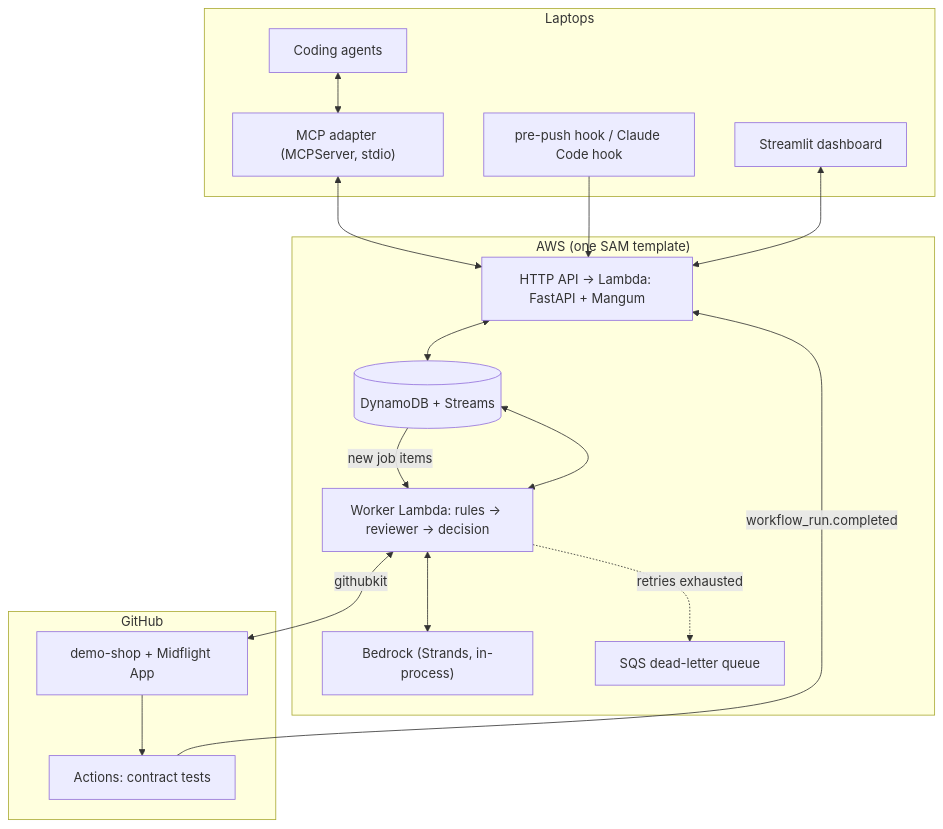
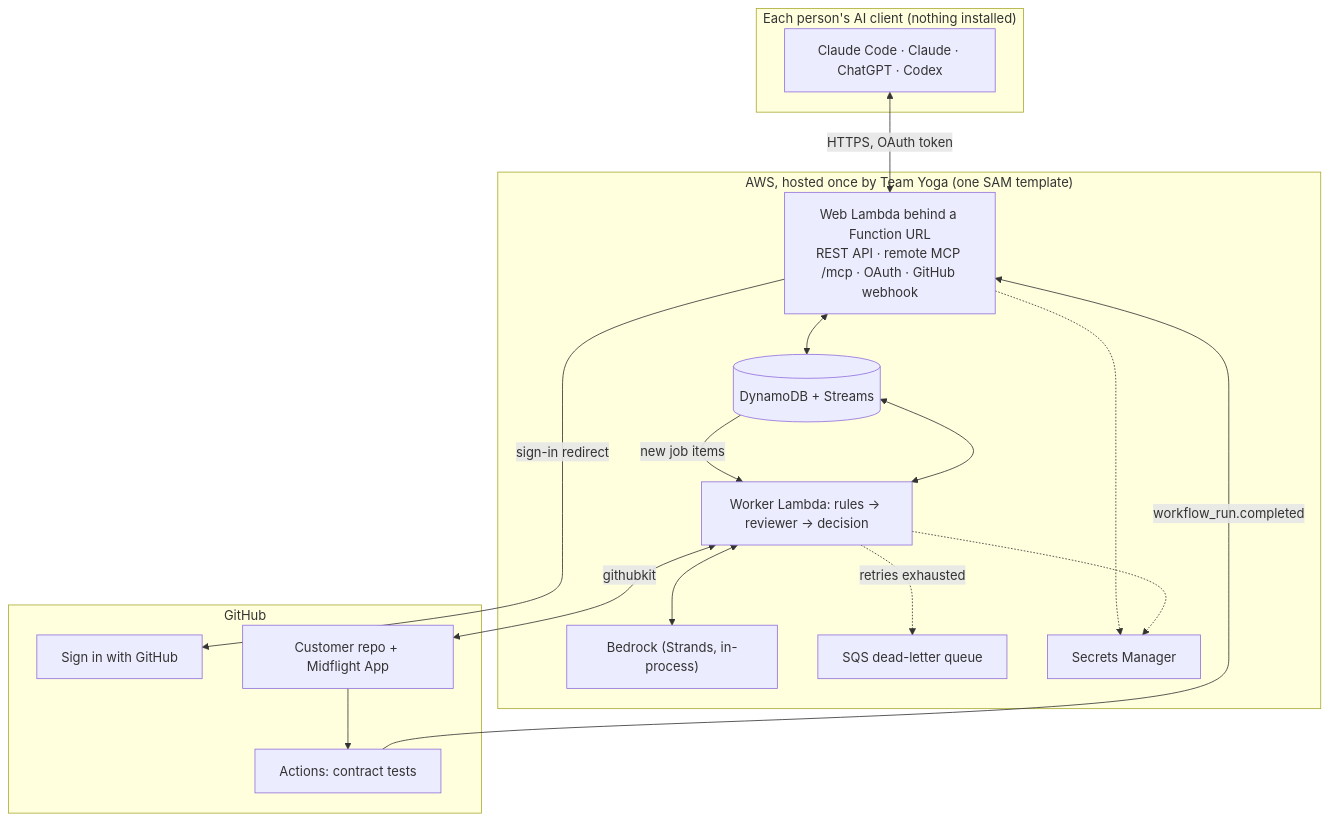
One commit to MidFlightt/MidFlight changed the first of 2 diagrams in docs/development-plan.md. Above: the diagram before and after it, drawn with Mermaid. The commit also changed other lines of this file and 10 other files, not shown here.

First line of the commit message:
docs: plan v0.2, Midflight as a hosted connector (D16-D20)

````diff
--- a/docs/development-plan.md
+++ b/docs/development-plan.md
@@ -57,28 +63,29 @@
 ```mermaid
 flowchart TB
-    subgraph LOCAL["Laptops"]
-        Agent["Coding agents"] <--> MCP["MCP adapter (MCPServer, stdio)"]
-        Hooks["pre-push hook / Claude Code hook"]
-        Dash["Streamlit dashboard"]
+    subgraph CLIENTS["Each person's AI client (nothing installed)"]
+        Agent["Claude Code · Claude · ChatGPT · Codex"]
     end
-    subgraph AWS["AWS (one SAM template)"]
-        API["HTTP API → Lambda: FastAPI + Mangum"]
+    subgraph AWS["AWS, hosted once by Team Yoga (one SAM template)"]
+        Web["Web Lambda behind a Function URL<br/>REST API · remote MCP /mcp · OAuth · GitHub webhook"]
         DB[("DynamoDB + Streams")]
         Worker["Worker Lambda: rules → reviewer → decision"]
         Model["Bedrock (Strands, in-process)"]
         DLQ["SQS dead-letter queue"]
-        API <--> DB
+        Secrets["Secrets Manager"]
+        Web <--> DB
         DB -- "new job items" --> Worker
         Worker <--> DB
         Worker <--> Model
         Worker -. "retries exhausted" .-> DLQ
+        Web -.-> Secrets
+        Worker -.-> Secrets
     end
     subgraph GH["GitHub"]
-        Repo["demo-shop + Midflight App"] --> CI["Actions: contract tests"]
+        Login["Sign in with GitHub"]
+        Repo["Customer repo + Midflight App"] --> CI["Actions: contract tests"]
     end
-    MCP <--> API
-    Hooks --> API
-    Dash <--> API
-    CI -- "workflow_run.completed" --> API
+    Agent <-- "HTTPS, OAuth token" --> Web
+    Web -- "sign-in redirect" --> Login
+    CI -- "workflow_run.completed" --> Web
     Worker <-- "githubkit" --> Repo
 ```
````
